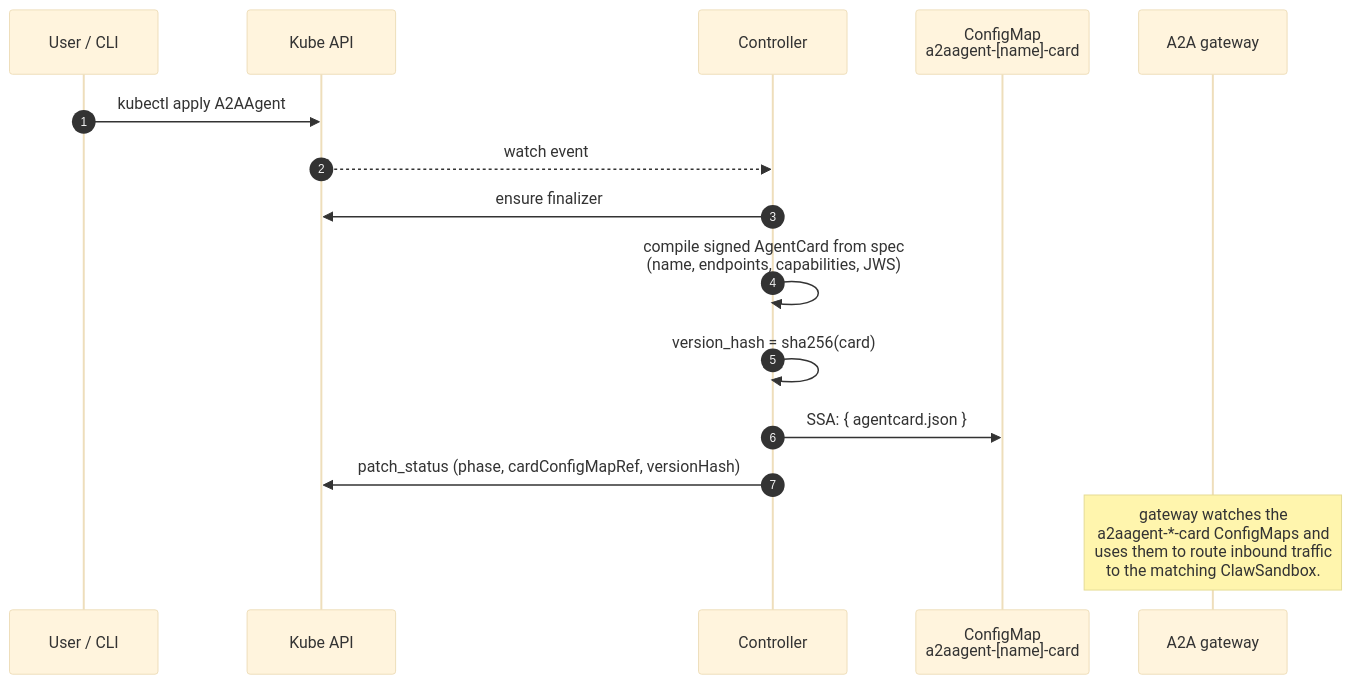
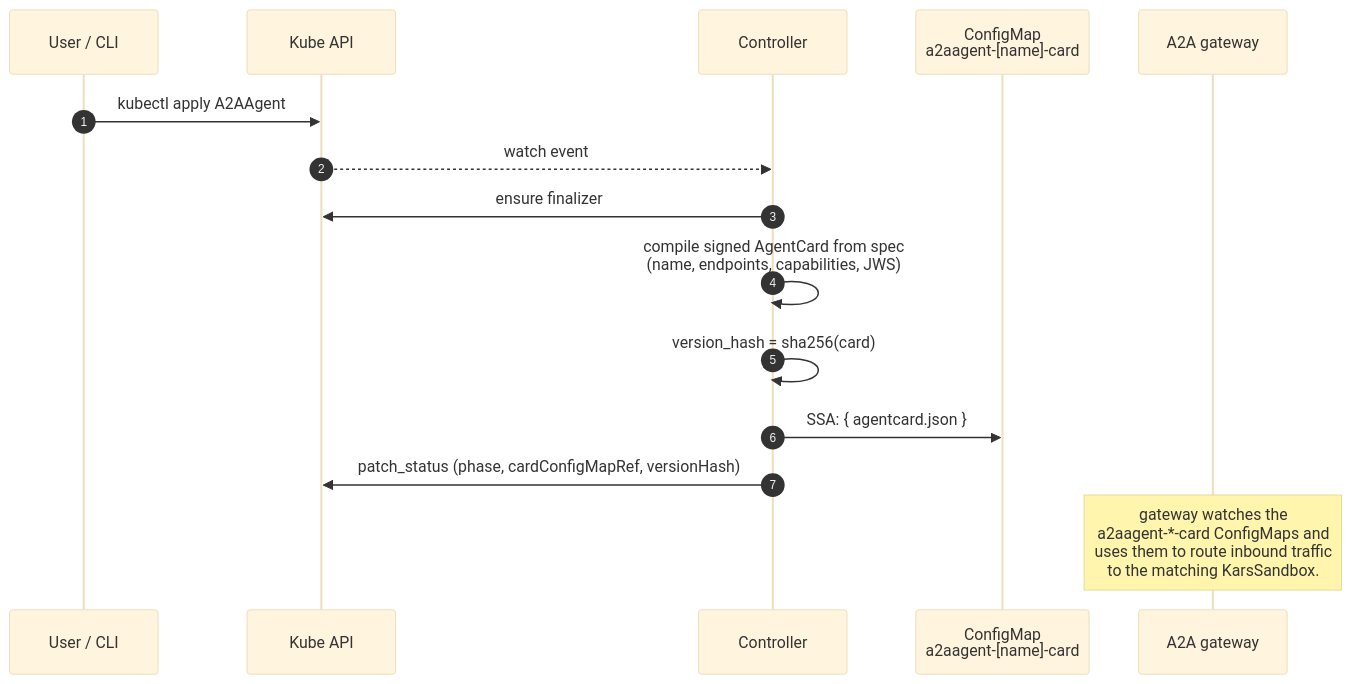
Before and after one commit to lachie83/kars: the seventh of 7 diagrams in docs/api/lifecycle.md, drawn with Mermaid (base theme). The commit also changed other lines of this file and 694 other files, not shown here.

````diff
--- a/docs/api/lifecycle.md
+++ b/docs/api/lifecycle.md
@@ -280,18 +280,18 @@
 ```mermaid
 sequenceDiagram
   autonumber
   participant U as User / CLI
   participant K as Kube API
   participant C as Controller
   participant CM as ConfigMap<br/>a2aagent-[name]-card
   participant GW as A2A gateway
 
   U->>K: kubectl apply A2AAgent
   K-->>C: watch event
   C->>K: ensure finalizer
   C->>C: compile signed AgentCard from spec<br/>(name, endpoints, capabilities, JWS)
   C->>C: version_hash = sha256(card)
   C->>CM: SSA: { agentcard.json }
   C->>K: patch_status (phase, cardConfigMapRef, versionHash)
-  Note over GW: gateway watches the<br/>a2aagent-*-card ConfigMaps and<br/>uses them to route inbound traffic<br/>to the matching ClawSandbox.
+  Note over GW: gateway watches the<br/>a2aagent-*-card ConfigMaps and<br/>uses them to route inbound traffic<br/>to the matching KarsSandbox.
 ```
````
